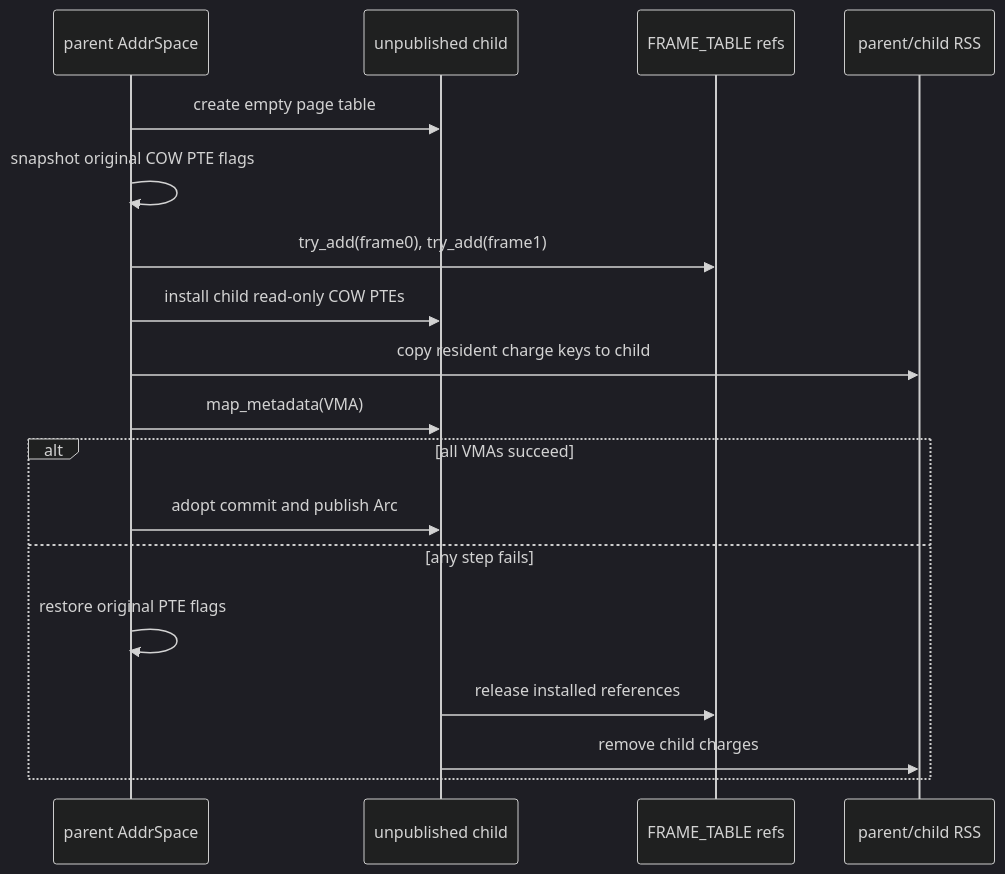
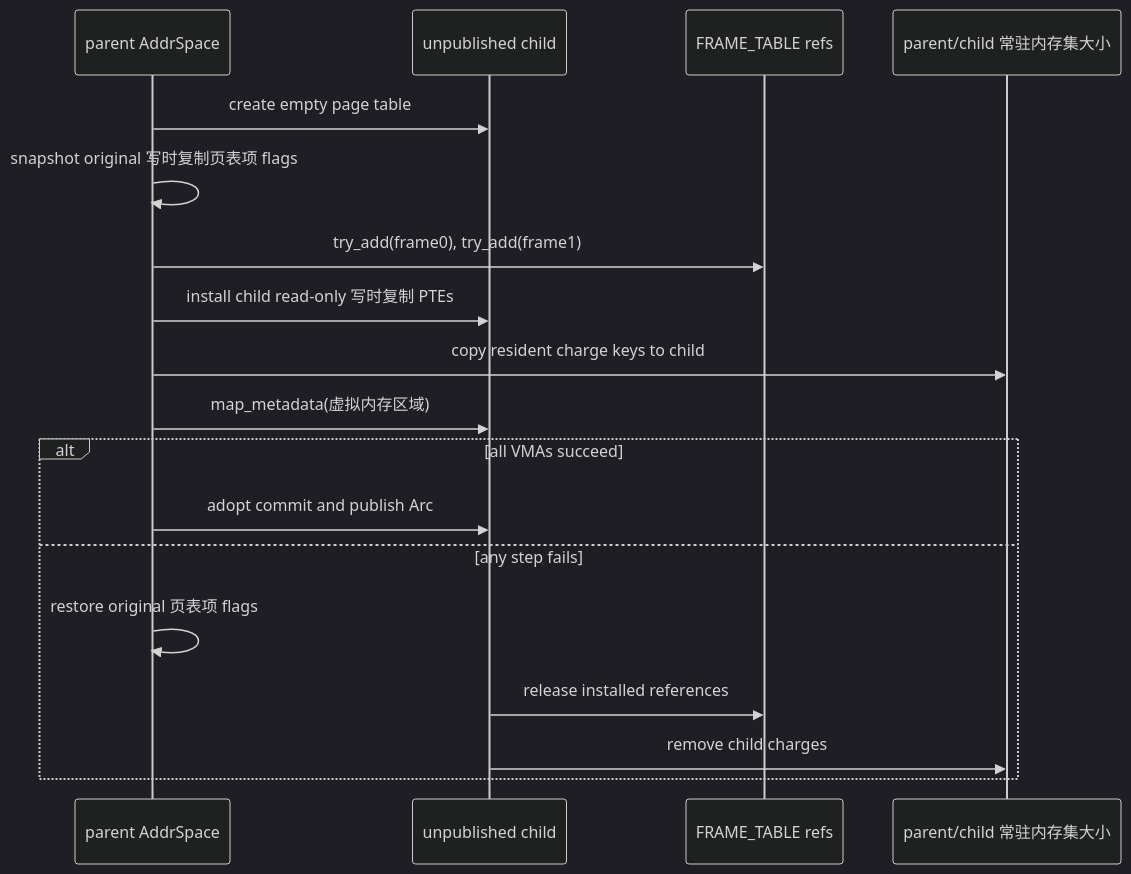
Before and after one commit to rcore-os/tgoskits: the third of 3 diagrams in docs/docs/architecture/memory/starry-mm.md, drawn with Mermaid (dark theme). The commit also changed other lines of this file and 12 other files, not shown here.

````diff
--- a/docs/docs/architecture/memory/starry-mm.md
+++ b/docs/docs/architecture/memory/starry-mm.md
@@ -407,21 +407,21 @@
 ```mermaid
 sequenceDiagram
     participant Parent as parent AddrSpace
     participant Child as unpublished child
     participant Ref as FRAME_TABLE refs
-    participant RSS as parent/child RSS
+    participant 常驻内存集大小 as parent/child 常驻内存集大小
 
     Parent->>Child: create empty page table
-    Parent->>Parent: snapshot original COW PTE flags
+    Parent->>Parent: snapshot original 写时复制页表项 flags
     Parent->>Ref: try_add(frame0), try_add(frame1)
-    Parent->>Child: install child read-only COW PTEs
-    Parent->>RSS: copy resident charge keys to child
-    Parent->>Child: map_metadata(VMA)
+    Parent->>Child: install child read-only 写时复制 PTEs
+    Parent->>常驻内存集大小: copy resident charge keys to child
+    Parent->>Child: map_metadata(虚拟内存区域)
     alt all VMAs succeed
         Parent->>Child: adopt commit and publish Arc
     else any step fails
-        Parent->>Parent: restore original PTE flags
+        Parent->>Parent: restore original 页表项 flags
         Child->>Ref: release installed references
-        Child->>RSS: remove child charges
+        Child->>常驻内存集大小: remove child charges
     end
 ```
````
